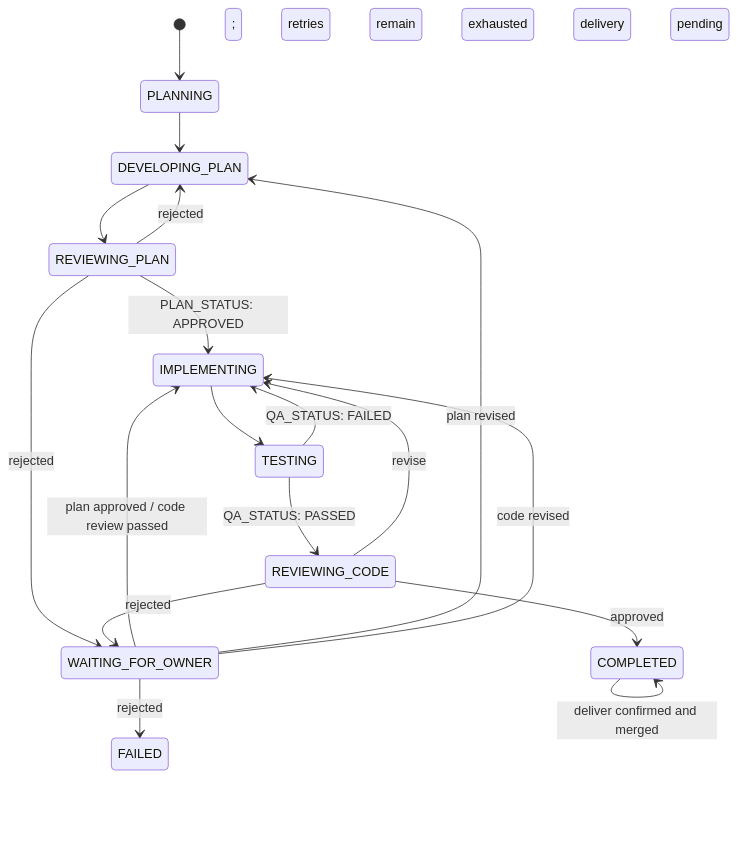
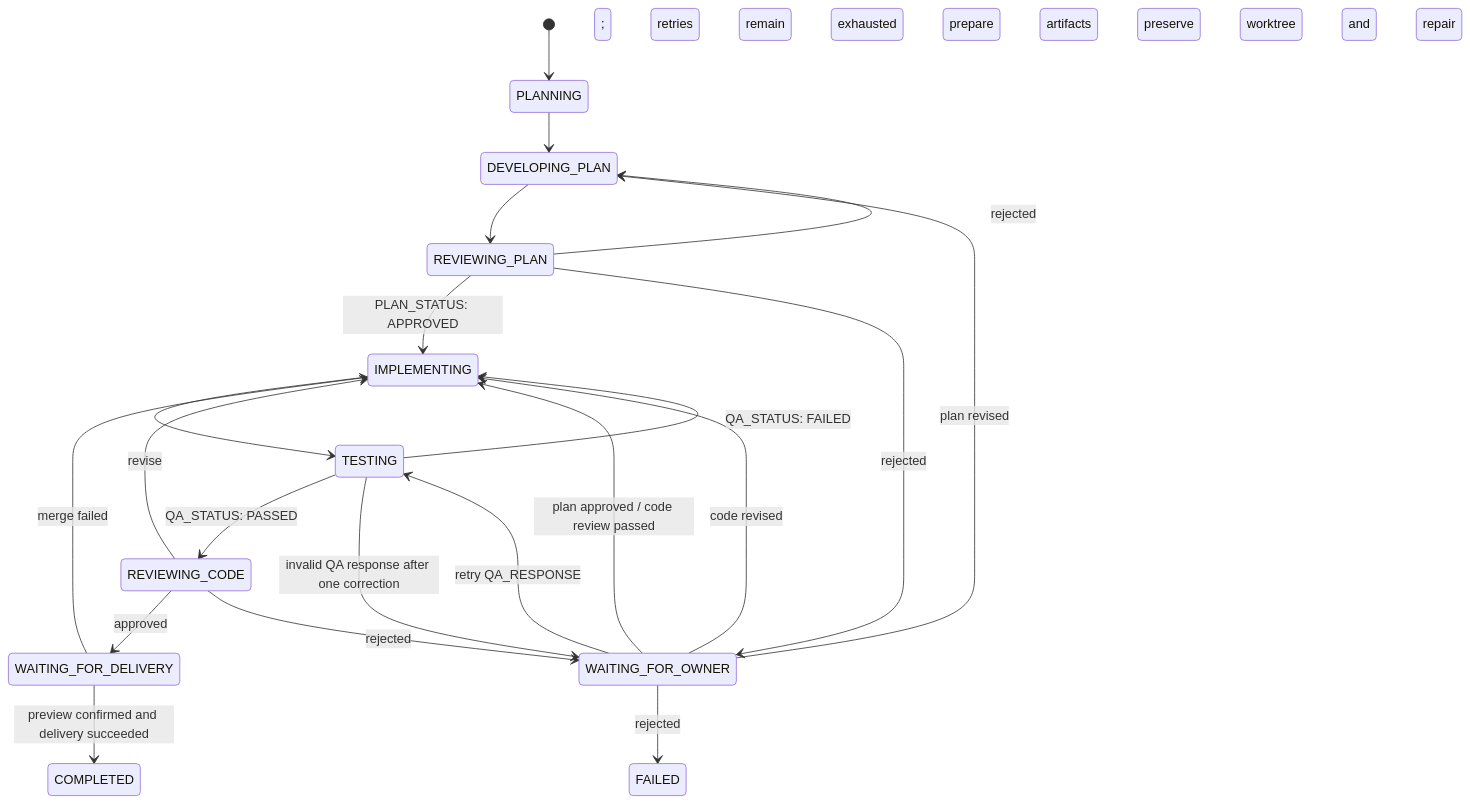
One commit to adombciha/multiple-agents-orch changed the diagram in docs/workflow-fsm.md. Above: the diagram before and after it, drawn with Mermaid. The commit also changed other lines of this file and 19 other files, not shown here.

````diff
--- a/docs/workflow-fsm.md
+++ b/docs/workflow-fsm.md
@@ -3,23 +3,26 @@
 ```mermaid
 stateDiagram-v2
     [*] --> PLANNING
     PLANNING --> DEVELOPING_PLAN
     DEVELOPING_PLAN --> REVIEWING_PLAN
 
     REVIEWING_PLAN --> IMPLEMENTING: PLAN_STATUS: APPROVED
     REVIEWING_PLAN --> DEVELOPING_PLAN: rejected; retries remain
     REVIEWING_PLAN --> WAITING_FOR_OWNER: rejected; retries exhausted
 
     IMPLEMENTING --> TESTING
     TESTING --> REVIEWING_CODE: QA_STATUS: PASSED
     TESTING --> IMPLEMENTING: QA_STATUS: FAILED
-    REVIEWING_CODE --> COMPLETED: approved; delivery pending
-    COMPLETED --> COMPLETED: deliver confirmed and merged
+    REVIEWING_CODE --> WAITING_FOR_DELIVERY: approved; prepare artifacts
+    WAITING_FOR_DELIVERY --> COMPLETED: preview confirmed and delivery succeeded
+    WAITING_FOR_DELIVERY --> IMPLEMENTING: merge failed; preserve worktree and repair
     REVIEWING_CODE --> IMPLEMENTING: revise
     REVIEWING_CODE --> WAITING_FOR_OWNER: rejected; retries exhausted
 
     WAITING_FOR_OWNER --> IMPLEMENTING: plan approved / code review passed
     WAITING_FOR_OWNER --> DEVELOPING_PLAN: plan revised
     WAITING_FOR_OWNER --> IMPLEMENTING: code revised
     WAITING_FOR_OWNER --> FAILED: rejected
+    TESTING --> WAITING_FOR_OWNER: invalid QA response after one correction
+    WAITING_FOR_OWNER --> TESTING: retry QA_RESPONSE
 ```
````
